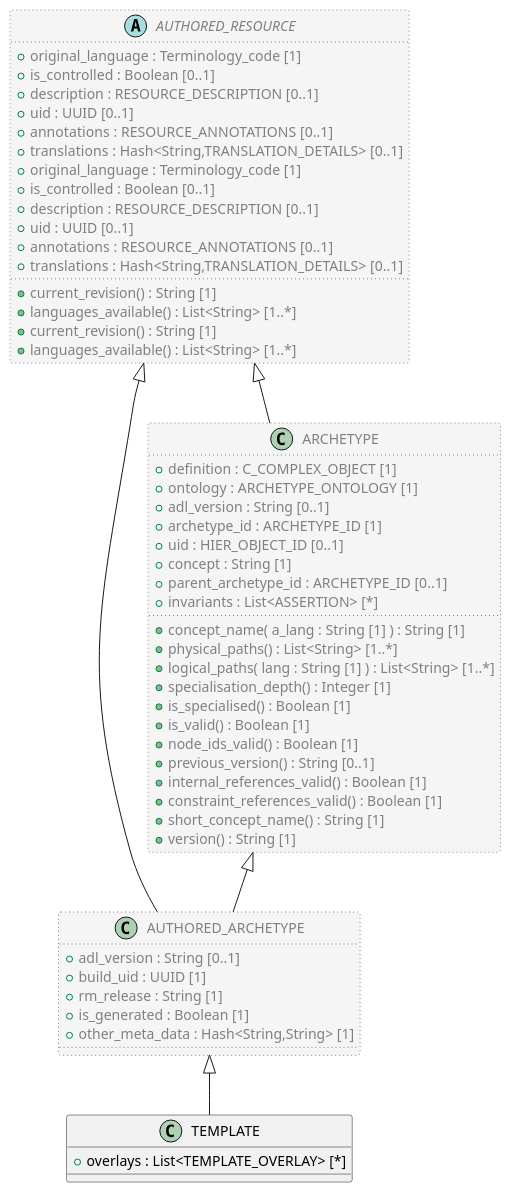
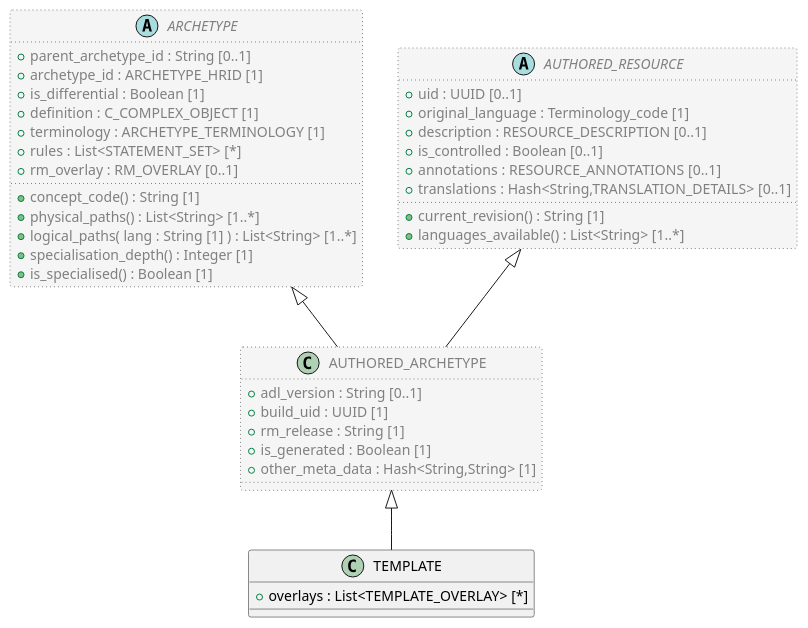
Before and after one commit to sebastian-iancu/code-generator: the diagram in code/Adoc/openehr_am_2.3.0/plantUML/classes/org.openehr.am.aom2.template.adoc, drawn with PlantUML. The commit also changed 719 other files, not shown here.

```diff
--- a/code/Adoc/openehr_am_2.3.0/plantUML/classes/org.openehr.am.aom2.template.adoc
+++ b/code/Adoc/openehr_am_2.3.0/plantUML/classes/org.openehr.am.aom2.template.adoc
@@ -1,72 +1,51 @@
 [plantuml,TEMPLATE,format=svg,svg-type="inline"]
 -----
 @startuml
 
 class TEMPLATE {
   + overlays : List<TEMPLATE_OVERLAY> [*]
 }
 
 class AUTHORED_ARCHETYPE  #whitesmoke;line:gray;line.dotted;text:gray {
   + adl_version : String [0..1]
   + build_uid : UUID [1]
   + rm_release : String [1]
   + is_generated : Boolean [1]
   + other_meta_data : Hash<String,String> [1]
 }
 
-class ARCHETYPE  #whitesmoke;line:gray;line.dotted;text:gray {
+abstract class ARCHETYPE  #whitesmoke;line:gray;line.dotted;text:gray {
+  + parent_archetype_id : String [0..1]
+  + archetype_id : ARCHETYPE_HRID [1]
+  + is_differential : Boolean [1]
   + definition : C_COMPLEX_OBJECT [1]
-  + ontology : ARCHETYPE_ONTOLOGY [1]
-  + adl_version : String [0..1]
-  + archetype_id : ARCHETYPE_ID [1]
-  + uid : HIER_OBJECT_ID [0..1]
-  + concept : String [1]
-  + parent_archetype_id : ARCHETYPE_ID [0..1]
-  + invariants : List<ASSERTION> [*]
-  + concept_name( a_lang : String [1] ) : String [1]
+  + terminology : ARCHETYPE_TERMINOLOGY [1]
+  + rules : List<STATEMENT_SET> [*]
+  + rm_overlay : RM_OVERLAY [0..1]
+  + concept_code() : String [1]
   + physical_paths() : List<String> [1..*]
   + logical_paths( lang : String [1] ) : List<String> [1..*]
   + specialisation_depth() : Integer [1]
   + is_specialised() : Boolean [1]
-  + is_valid() : Boolean [1]
-  + node_ids_valid() : Boolean [1]
-  + previous_version() : String [0..1]
-  + internal_references_valid() : Boolean [1]
-  + constraint_references_valid() : Boolean [1]
-  + short_concept_name() : String [1]
-  + version() : String [1]
 }
-
-abstract class AUTHORED_RESOURCE  #whitesmoke;line:gray;line.dotted;text:gray {
-  + original_language : Terminology_code [1]
-  + is_controlled : Boolean [0..1]
-  + description : RESOURCE_DESCRIPTION [0..1]
-  + uid : UUID [0..1]
-  + annotations : RESOURCE_ANNOTATIONS [0..1]
-  + translations : Hash<String,TRANSLATION_DETAILS> [0..1]
-  + current_revision() : String [1]
-  + languages_available() : List<String> [1..*]
-}
-
-AUTHORED_RESOURCE <|-- ARCHETYPE
 
 ARCHETYPE <|-- AUTHORED_ARCHETYPE
 
 abstract class AUTHORED_RESOURCE  #whitesmoke;line:gray;line.dotted;text:gray {
+  + uid : UUID [0..1]
   + original_language : Terminology_code [1]
+  + description : RESOURCE_DESCRIPTION [0..1]
   + is_controlled : Boolean [0..1]
-  + description : RESOURCE_DESCRIPTION [0..1]
-  + uid : UUID [0..1]
   + annotations : RESOURCE_ANNOTATIONS [0..1]
   + translations : Hash<String,TRANSLATION_DETAILS> [0..1]
   + current_revision() : String [1]
   + languages_available() : List<String> [1..*]
 }
 
 AUTHORED_RESOURCE <|-- AUTHORED_ARCHETYPE
 
 AUTHORED_ARCHETYPE <|-- TEMPLATE
 
 
 @enduml
 -----
```
